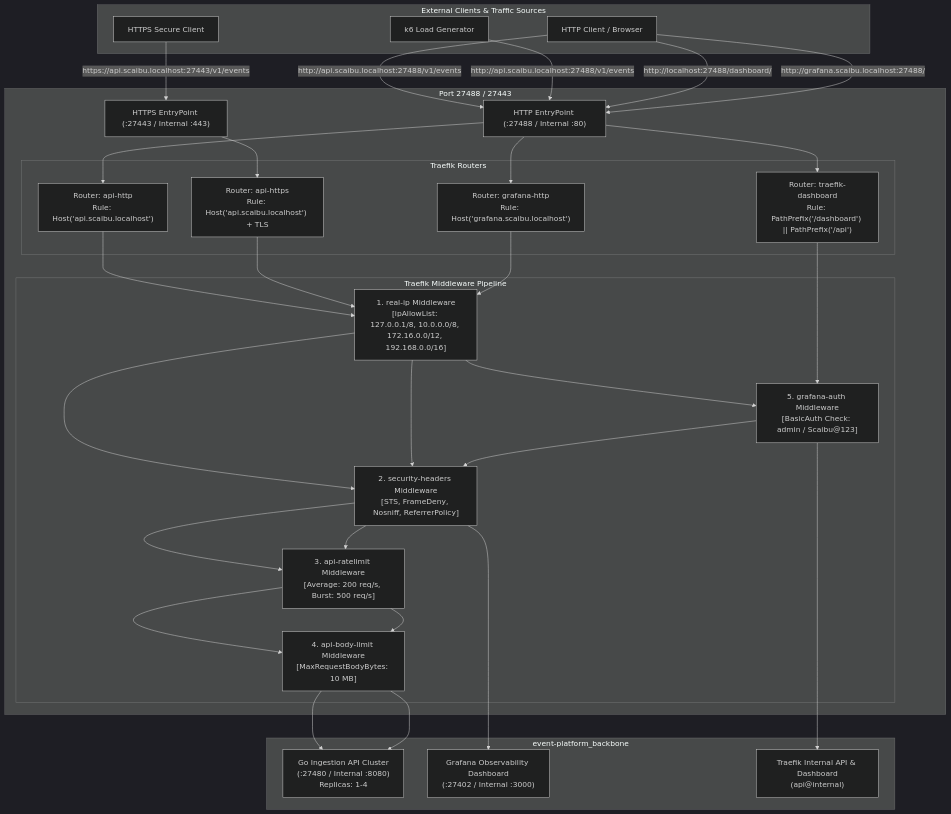
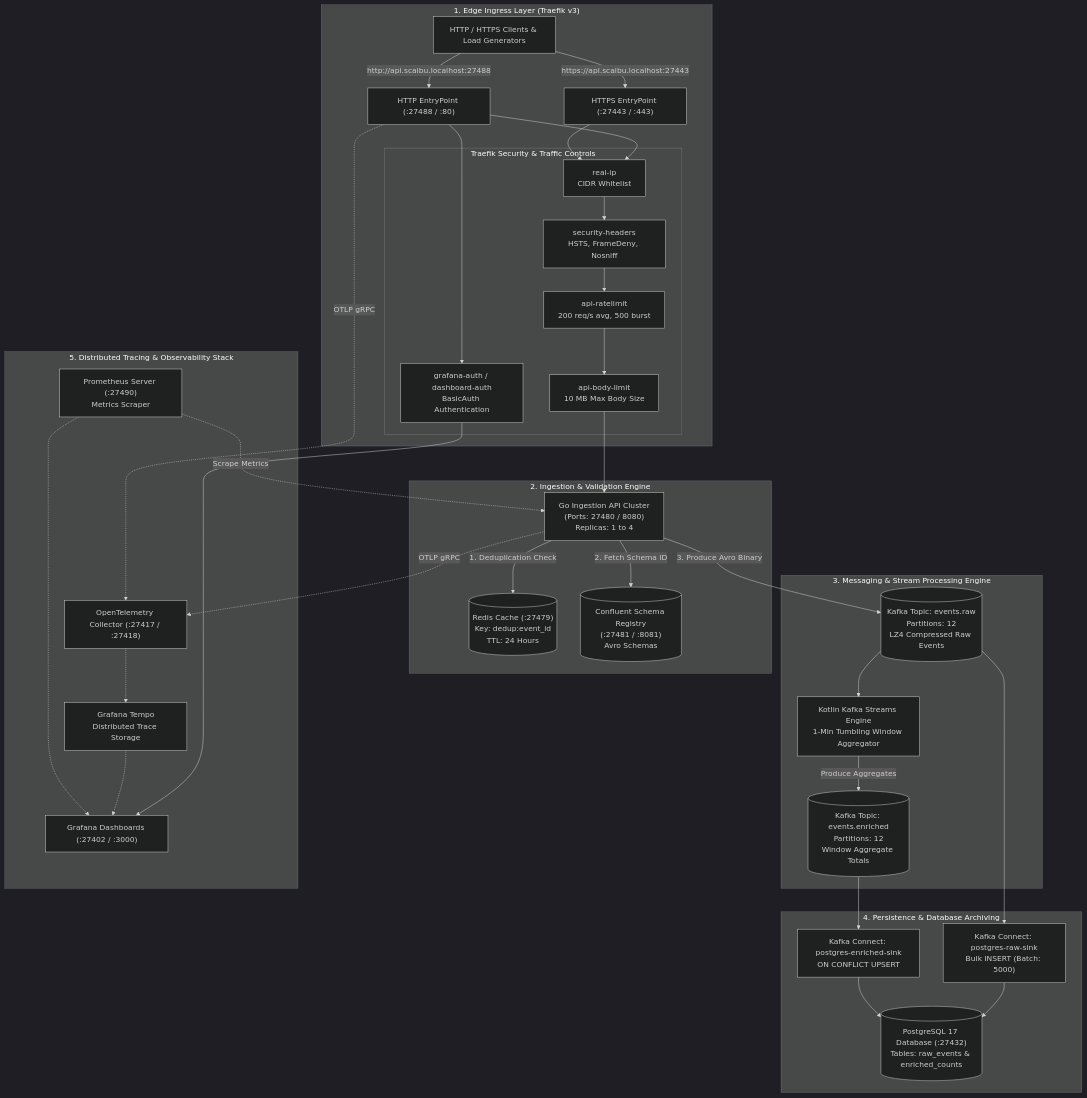
Before and after one commit to Chief-Strategist-J/messaging-pipeline: the first of 4 diagrams in README.md, drawn with Mermaid (dark theme). The commit also changed other lines of this file and 2 other files, not shown here.

Commit message:
fix: resolve Grafana /apis 404 path conflict in Traefik router rules

````diff
--- a/README.md
+++ b/README.md
@@ -13,50 +13,65 @@
 ```mermaid
 flowchart TD
-    subgraph External Clients & Traffic Sources
-        HTTP_CLIENT["HTTP Client / Browser"]
-        HTTPS_CLIENT["HTTPS Secure Client"]
-        LOAD_TEST["k6 Load Generator"]
-    end
-
-    subgraph Traefik Ingress Gateway [Port 27488 / 27443]
-        ENTRY_HTTP["HTTP EntryPoint (:27488 / Internal :80)"]
-        ENTRY_HTTPS["HTTPS EntryPoint (:27443 / Internal :443)"]
+    subgraph Edge ["1. Edge Ingress Layer (Traefik v3)"]
+        CLIENT["HTTP / HTTPS Clients & Load Generators"]
+        TRAEFIK_HTTP["HTTP EntryPoint (:27488 / :80)"]
+        TRAEFIK_HTTPS["HTTPS EntryPoint (:27443 / :443)"]
         
-        subgraph Traefik Middleware Pipeline
-            REAL_IP["1. real-ip Middleware\n[ipAllowList: 127.0.0.1/8, 10.0.0.0/8, 172.16.0.0/12, 192.168.0.0/16]"]
-            SEC_HDRS["2. security-headers Middleware\n[STS, FrameDeny, Nosniff, ReferrerPolicy]"]
-            RATE_LIMIT["3. api-ratelimit Middleware\n[Average: 200 req/s, Burst: 500 req/s]"]
-            BODY_LIMIT["4. api-body-limit Middleware\n[MaxRequestBodyBytes: 10 MB]"]
-            BASIC_AUTH["5. grafana-auth Middleware\n[BasicAuth Check: admin / Scaibu@123]"]
-        end
-
-        subgraph Traefik Routers
-            ROUTER_API_HTTP["Router: api-http\nRule: Host('api.scaibu.localhost')"]
-            ROUTER_API_HTTPS["Router: api-https\nRule: Host('api.scaibu.localhost') + TLS"]
-            ROUTER_DASHBOARD["Router: traefik-dashboard\nRule: PathPrefix('/dashboard') || PathPrefix('/api')"]
-            ROUTER_GRAFANA["Router: grafana-http\nRule: Host('grafana.scaibu.localhost')"]
+        subgraph Middlewares ["Traefik Security & Traffic Controls"]
+            IP_ALLOW["real-ip<br/>CIDR Whitelist"]
+            SEC_HEADERS["security-headers<br/>HSTS, FrameDeny, Nosniff"]
+            RATE_LIM["api-ratelimit<br/>200 req/s avg, 500 burst"]
+            BODY_LIM["api-body-limit<br/>10 MB Max Body Size"]
+            AUTH_CHK["grafana-auth / dashboard-auth<br/>BasicAuth Authentication"]
         end
     end
 
-    subgraph Internal Service Network [event-platform_backbone]
-        API_CLUSTER["Go Ingestion API Cluster\n(:27480 / Internal :8080)\nReplicas: 1-4"]
-        GRAFANA_APP["Grafana Observability Dashboard\n(:27402 / Internal :3000)"]
-        TRAEFIK_API["Traefik Internal API & Dashboard\n(api@internal)"]
+    subgraph AppLayer ["2. Ingestion & Validation Engine"]
+        API_APP["Go Ingestion API Cluster<br/>(Ports: 27480 / 8080)<br/>Replicas: 1 to 4"]
+        REDIS_CACHE[("Redis Cache (:27479)<br/>Key: dedup:event_id<br/>TTL: 24 Hours")]
+        SCHEMA_REG[("Confluent Schema Registry<br/>(:27481 / :8081)<br/>Avro Schemas")]
     end
 
-    HTTP_CLIENT -->|http://api.scaibu.localhost:27488/v1/events| ENTRY_HTTP
-    LOAD_TEST -->|http://api.scaibu.localhost:27488/v1/events| ENTRY_HTTP
-    HTTPS_CLIENT -->|https://api.scaibu.localhost:27443/v1/events| ENTRY_HTTPS
-    HTTP_CLIENT -->|http://localhost:27488/dashboard/| ENTRY_HTTP
-    HTTP_CLIENT -->|http://grafana.scaibu.localhost:27488/| ENTRY_HTTP
+    subgraph Streaming ["3. Messaging & Stream Processing Engine"]
+        KAFKA_RAW[("Kafka Topic: events.raw<br/>Partitions: 12<br/>LZ4 Compressed Raw Events")]
+        KSTREAMS["Kotlin Kafka Streams Engine<br/>1-Min Tumbling Window Aggregator"]
+        KAFKA_ENRICHED[("Kafka Topic: events.enriched<br/>Partitions: 12<br/>Window Aggregate Totals")]
+    end
 
-    ENTRY_HTTP --> ROUTER_API_HTTP
-    ENTRY_HTTP --> ROUTER_DASHBOARD
-    ENTRY_HTTP --> ROUTER_GRAFANA
-    ENTRY_HTTPS --> ROUTER_API_HTTPS
+    subgraph Storage ["4. Persistence & Database Archiving"]
+        CONNECT_RAW["Kafka Connect: postgres-raw-sink<br/>Bulk INSERT (Batch: 5000)"]
+        CONNECT_ENRICHED["Kafka Connect: postgres-enriched-sink<br/>ON CONFLICT UPSERT"]
+        POSTGRES_DB[("PostgreSQL 17 Database (:27432)<br/>Tables: raw_events & enriched_counts")]
+    end
 
-    ROUTER_API_HTTP --> REAL_IP --> SEC_HDRS --> RATE_LIMIT --> BODY_LIMIT --> API_CLUSTER
-    ROUTER_API_HTTPS --> REAL_IP --> SEC_HDRS --> RATE_LIMIT --> BODY_LIMIT --> API_CLUSTER
-    ROUTER_GRAFANA --> REAL_IP --> BASIC_AUTH --> SEC_HDRS --> GRAFANA_APP
-    ROUTER_DASHBOARD --> BASIC_AUTH --> TRAEFIK_API
+    subgraph Telemetry ["5. Distributed Tracing & Observability Stack"]
+        OTEL_COLL["OpenTelemetry Collector (:27417 / :27418)"]
+        TEMPO["Grafana Tempo<br/>Distributed Trace Storage"]
+        PROMETHEUS["Prometheus Server (:27490)<br/>Metrics Scraper"]
+        GRAFANA["Grafana Dashboards (:27402 / :3000)"]
+    end
+
+    CLIENT -->|http://api.scaibu.localhost:27488| TRAEFIK_HTTP
+    CLIENT -->|https://api.scaibu.localhost:27443| TRAEFIK_HTTPS
+    TRAEFIK_HTTP --> IP_ALLOW
+    TRAEFIK_HTTPS --> IP_ALLOW
+    IP_ALLOW --> SEC_HEADERS --> RATE_LIM --> BODY_LIM --> API_APP
+    TRAEFIK_HTTP --> AUTH_CHK --> GRAFANA
+
+    API_APP -->|1. Deduplication Check| REDIS_CACHE
+    API_APP -->|2. Fetch Schema ID| SCHEMA_REG
+    API_APP -->|3. Produce Avro Binary| KAFKA_RAW
+
+    KAFKA_RAW --> KSTREAMS
+    KSTREAMS -->|Produce Aggregates| KAFKA_ENRICHED
+
+    KAFKA_RAW --> CONNECT_RAW --> POSTGRES_DB
+    KAFKA_ENRICHED --> CONNECT_ENRICHED --> POSTGRES_DB
+
+    API_APP -.->|OTLP gRPC| OTEL_COLL
+    TRAEFIK_HTTP -.->|OTLP gRPC| OTEL_COLL
+    OTEL_COLL -.-> TEMPO
+    PROMETHEUS -.->|Scrape Metrics| API_APP
+    TEMPO -.-> GRAFANA
+    PROMETHEUS -.-> GRAFANA
 ```
````
